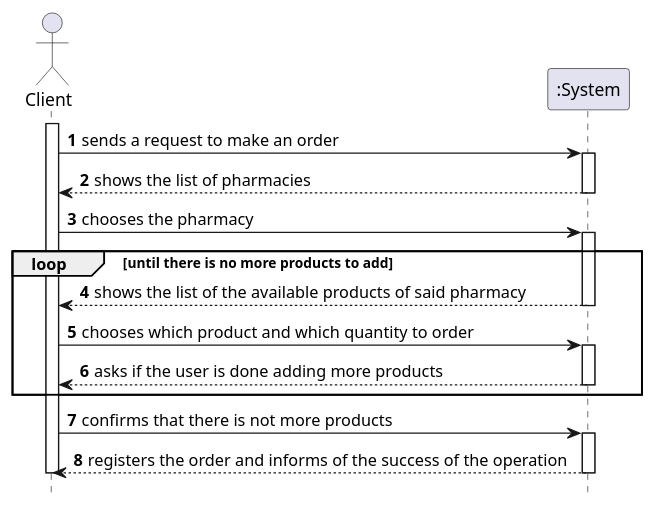
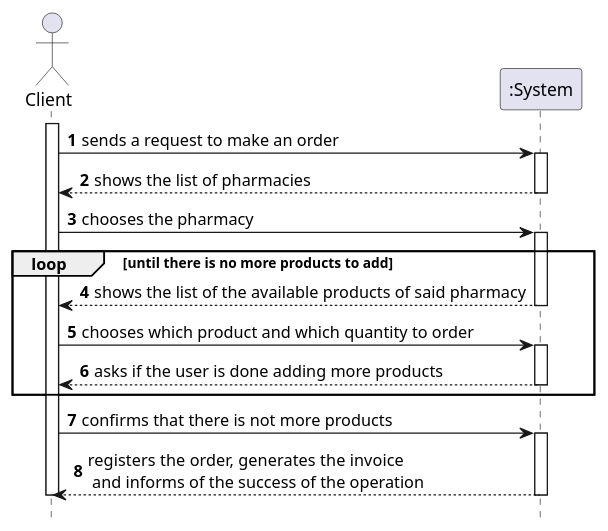
One commit to tiagoavcosta25/LAPR3 changed the diagram in docs/Iteration 2/Make An Order/Refinement/US25_MakeAnOrder/US25_SSD.puml. Above: the diagram before and after it, drawn with PlantUML. The commit also changed 7 other files, not shown here.

```diff
--- a/docs/Iteration 2/Make An Order/Refinement/US25_MakeAnOrder/US25_SSD.puml
+++ b/docs/Iteration 2/Make An Order/Refinement/US25_MakeAnOrder/US25_SSD.puml
@@ -1,36 +1,36 @@
 @startuml
 autonumber
 hide footbox
 
 actor "Client" as CL
 participant ":System" as SYST
 
 activate CL
 
 CL -> SYST : sends a request to make an order
 activate SYST
 SYST --> CL : shows the list of pharmacies
 deactivate SYST
 
 CL -> SYST : chooses the pharmacy
 activate SYST
 loop until there is no more products to add
 SYST --> CL : shows the list of the available products of said pharmacy
 deactivate SYST
 
 CL -> SYST : chooses which product and which quantity to order
 activate SYST
 SYST --> CL : asks if the user is done adding more products
 deactivate SYST
 end
 
 CL -> SYST : confirms that there is not more products
 activate SYST
 
-SYST --> CL : registers the order and informs of the success of the operation
+SYST --> CL : registers the order, generates the invoice\n and informs of the success of the operation
 
 deactivate SYST
 
 deactivate CL
 
 @enduml
```
